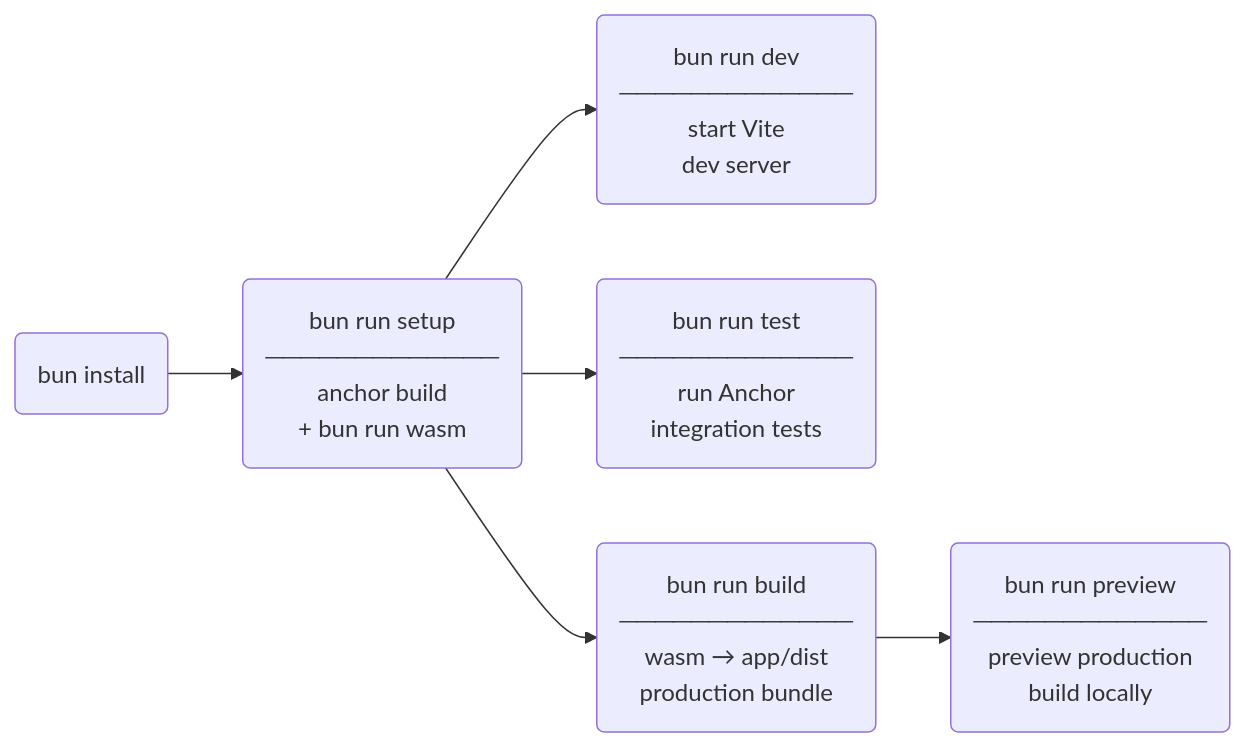
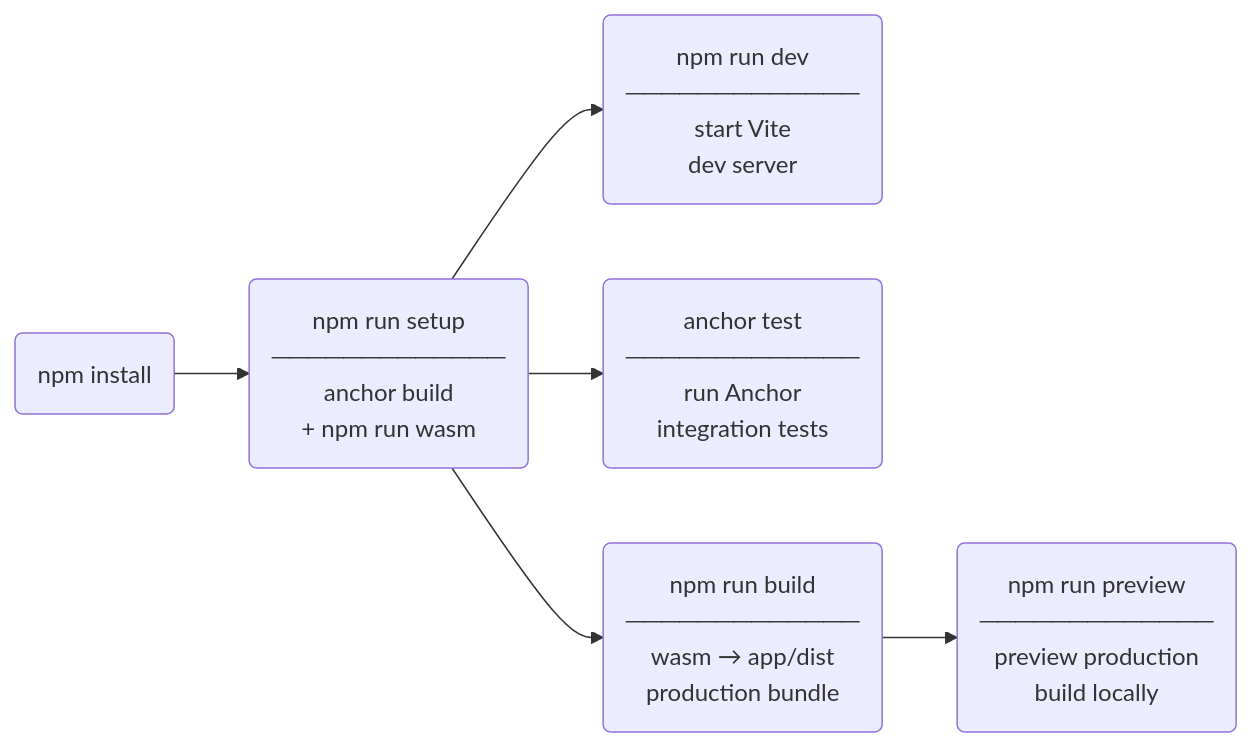
Before and after one commit to calma-labs/calma: the diagram in README.md, drawn with Mermaid. The commit also changed other lines of this file and 107 other files, not shown here.

````diff
--- a/README.md
+++ b/README.md
@@ -7,13 +7,13 @@
 ```mermaid
 flowchart LR
-    I("bun install") -->
-    A("bun run setup\n─────────────\nanchor build\n+ bun run wasm")
+    I("npm install") -->
+    A("npm run setup\n─────────────\nanchor build\n+ npm run wasm")
 
-    A --> B("bun run dev\n─────────────\nstart Vite\ndev server")
+    A --> B("npm run dev\n─────────────\nstart Vite\ndev server")
 
-    A --> C("bun run test\n─────────────\nrun Anchor\nintegration tests")
+    A --> C("anchor test\n─────────────\nrun Anchor\nintegration tests")
 
-    A --> D("bun run build\n─────────────\nwasm → app/dist\nproduction bundle")
+    A --> D("npm run build\n─────────────\nwasm → app/dist\nproduction bundle")
 
-    D --> E("bun run preview\n─────────────\npreview production\nbuild locally")
+    D --> E("npm run preview\n─────────────\npreview production\nbuild locally")
 ```
````
